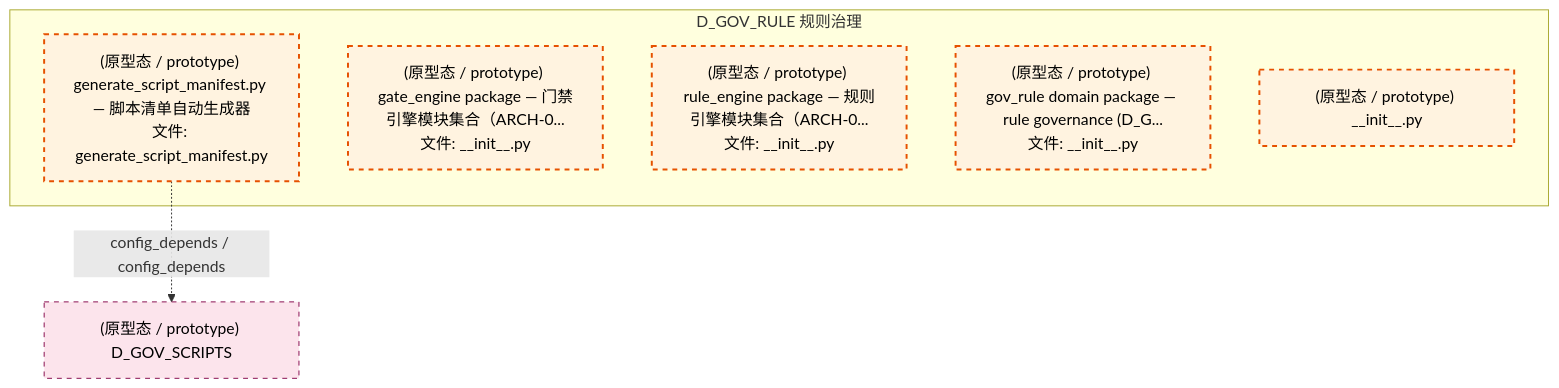
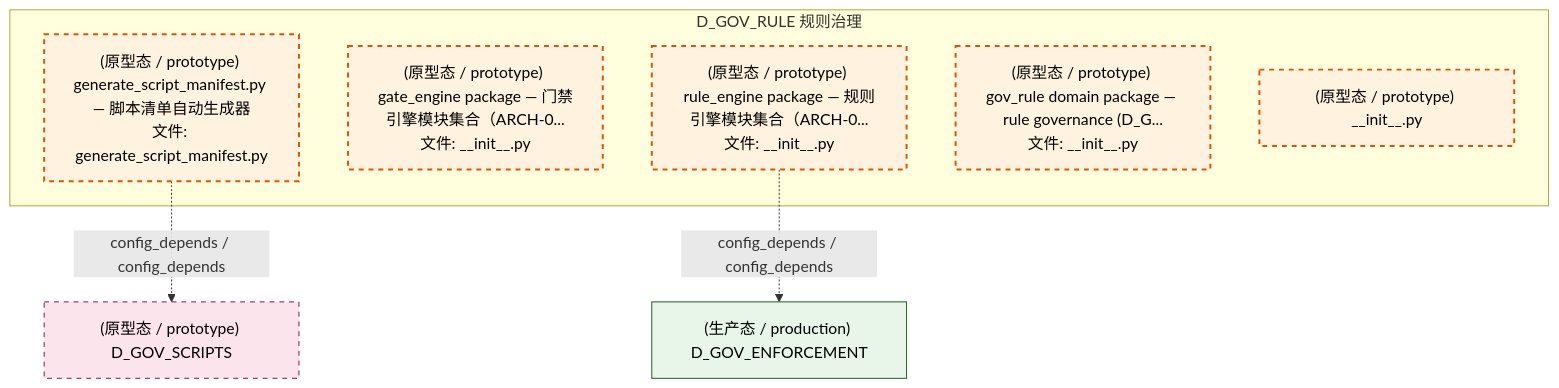
The fourth of 5 diagrams in docs/02_enterprise_architecture/02_domain_architecture_docs/45_d_gov_rule.md (xuanFelixVan/ZephyrAlpha), drawn with Mermaid before and after one commit. The commit also changed other lines of this file and 126 other files, not shown here.

````diff
--- a/docs/02_enterprise_architecture/02_domain_architecture_docs/45_d_gov_rule.md
+++ b/docs/02_enterprise_architecture/02_domain_architecture_docs/45_d_gov_rule.md
@@ -348,18 +356,21 @@
 ```mermaid
 graph TD
     subgraph D_GOV_RULE["D_GOV_RULE 规则治理"]
         scripts_governance_generators_generate_script_manifest_py["(原型态 / prototype) generate_script_manifest.py — 脚本清单自动生成器<br/>文件: generate_script_manifest.py"]
         src_zephyr_gov_enforcement_rule_enforcement_gate_engine_init_py["(原型态 / prototype) gate_engine package — 门禁引擎模块集合（ARCH-0...<br/>文件: __init__.py"]
         src_zephyr_gov_enforcement_rule_enforcement_rule_engine_init_py["(原型态 / prototype) rule_engine package — 规则引擎模块集合（ARCH-0...<br/>文件: __init__.py"]
         src_zephyr_gov_rule_init_py["(原型态 / prototype) gov_rule domain package — rule governance (D_G...<br/>文件: __init__.py"]
         src_zephyr_gov_rule_constitutional_update_init_py["(原型态 / prototype) __init__.py"]
     end
     D_GOV_SCRIPTS["(原型态 / prototype) D_GOV_SCRIPTS"]
     scripts_governance_generators_generate_script_manifest_py -.->|config_depends / config_depends| D_GOV_SCRIPTS
+    D_GOV_ENFORCEMENT["(生产态 / production) D_GOV_ENFORCEMENT"]
+    src_zephyr_gov_enforcement_rule_enforcement_rule_engine_init_py -.->|config_depends / config_depends| D_GOV_ENFORCEMENT
     classDef production fill:#e1f5fe,stroke:#01579b,stroke-width:2px,color:#000
     classDef design fill:#fff3e0,stroke:#e65100,stroke-width:2px,color:#000,stroke-dasharray: 5 5
     classDef external_prod fill:#e8f5e9,stroke:#1b5e20,stroke-width:1px,color:#000
     classDef external_design fill:#fce4ec,stroke:#880e4f,stroke-width:1px,color:#000,stroke-dasharray: 5 5
     class scripts_governance_generators_generate_script_manifest_py,src_zephyr_gov_enforcement_rule_enforcement_gate_engine_init_py,src_zephyr_gov_enforcement_rule_enforcement_rule_engine_init_py,src_zephyr_gov_rule_init_py,src_zephyr_gov_rule_constitutional_update_init_py design
+    class D_GOV_ENFORCEMENT external_prod
     class D_GOV_SCRIPTS external_design
 ```
````
